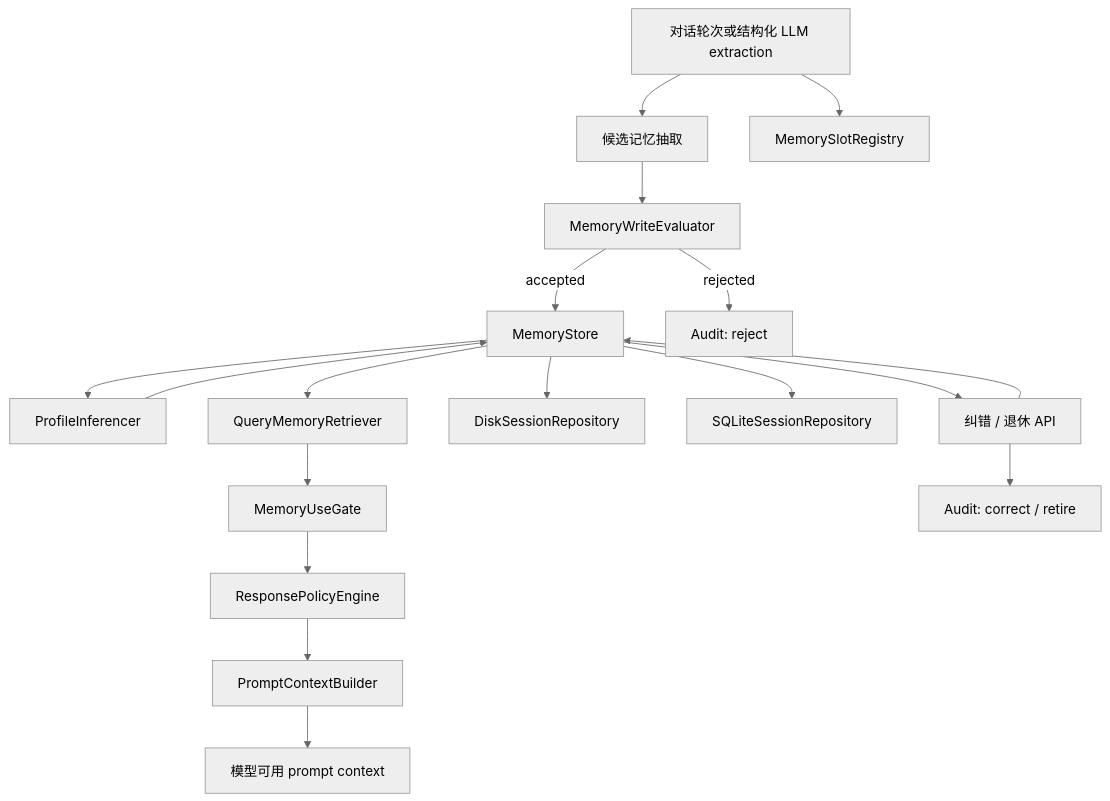
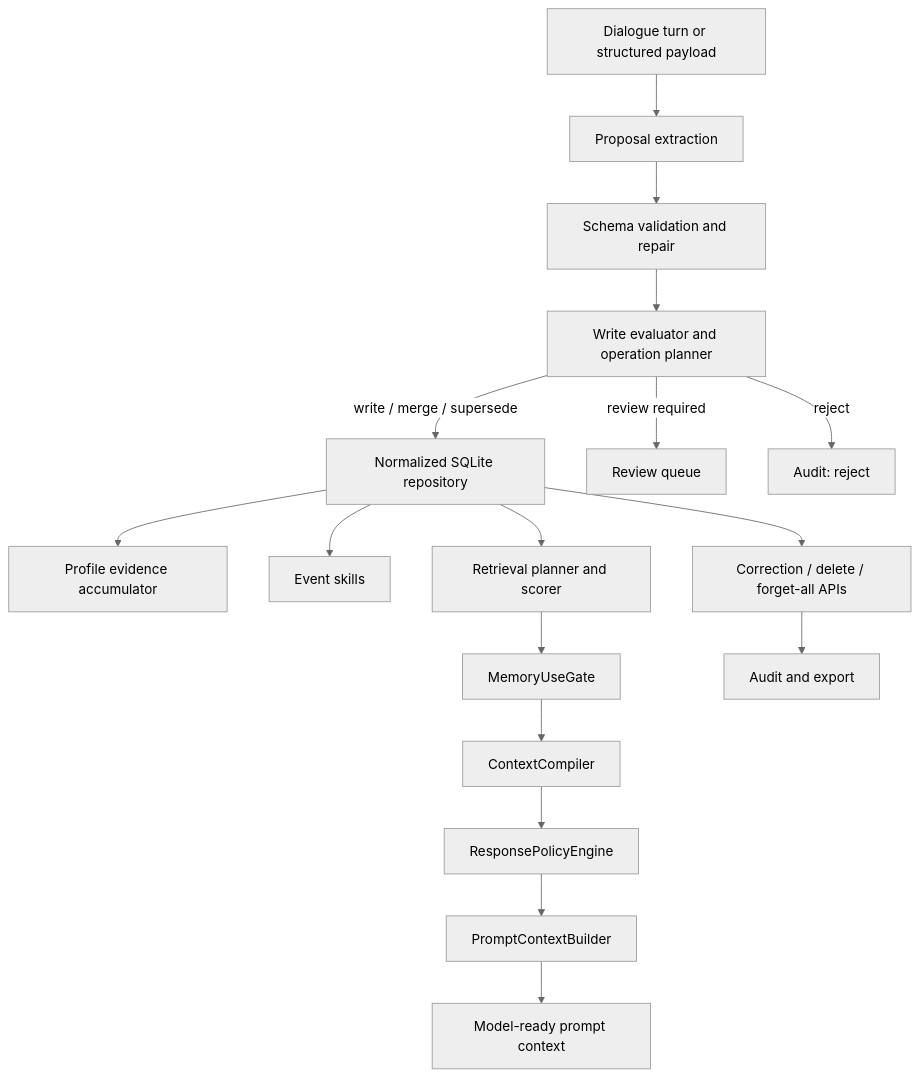
One commit to 2sao7sao/EvolveMemory changed the diagram in README.zh-CN.md. Above: the diagram before and after it, drawn with Mermaid (neutral theme). The commit also changed other lines of this file and 1 other file, not shown here.

````diff
--- a/README.zh-CN.md
+++ b/README.zh-CN.md
@@ -115,20 +53,19 @@
 ```mermaid
 flowchart TD
-    A["对话轮次或结构化 LLM extraction"] --> B["候选记忆抽取"]
-    A --> R["MemorySlotRegistry"]
-    B --> C["MemoryWriteEvaluator"]
-    C -->|accepted| D["MemoryStore"]
-    C -->|rejected| E["Audit: reject"]
-    D --> F["ProfileInferencer"]
-    F --> D
-    D --> G["QueryMemoryRetriever"]
-    G --> U["MemoryUseGate"]
-    U --> H["ResponsePolicyEngine"]
-    H --> I["PromptContextBuilder"]
-    I --> J["模型可用 prompt context"]
-    D --> K["DiskSessionRepository"]
-    D --> N["SQLiteSessionRepository"]
-    D --> L["纠错 / 退休 API"]
-    L --> D
-    L --> M["Audit: correct / retire"]
+    A["Dialogue turn or structured payload"] --> B["Proposal extraction"]
+    B --> C["Schema validation and repair"]
+    C --> D["Write evaluator and operation planner"]
+    D -->|write / merge / supersede| E["Normalized SQLite repository"]
+    D -->|review required| F["Review queue"]
+    D -->|reject| G["Audit: reject"]
+    E --> H["Profile evidence accumulator"]
+    E --> I["Event skills"]
+    E --> J["Retrieval planner and scorer"]
+    J --> K["MemoryUseGate"]
+    K --> L["ContextCompiler"]
+    L --> M["ResponsePolicyEngine"]
+    M --> N["PromptContextBuilder"]
+    N --> O["Model-ready prompt context"]
+    E --> P["Correction / delete / forget-all APIs"]
+    P --> Q["Audit and export"]
 ```
````
